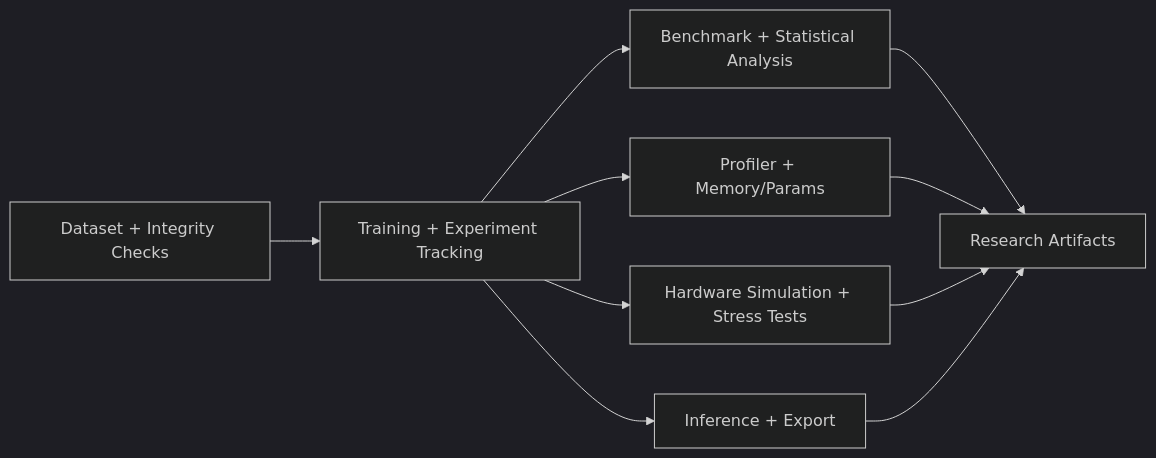
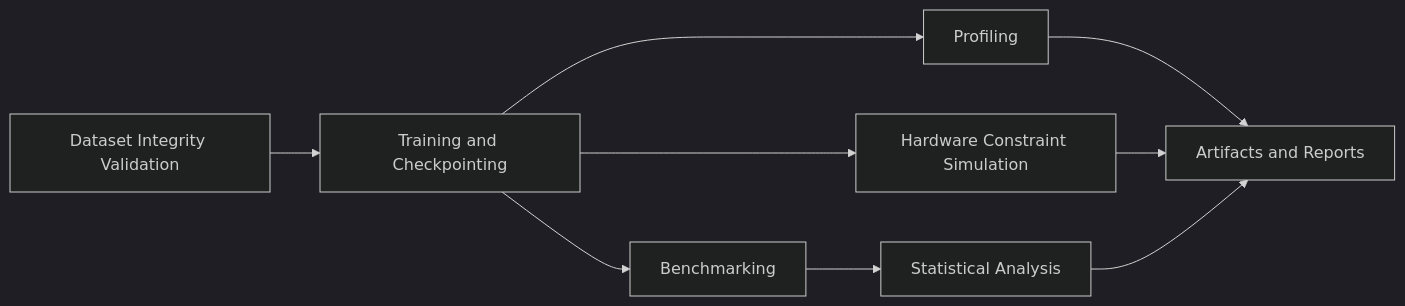
Before and after one commit to RaviTejaMedarametla/neural-network-from-scratch: the diagram in README.md, drawn with Mermaid (dark theme). The commit also changed other lines of this file and 30 other files, not shown here.

````diff
--- a/README.md
+++ b/README.md
@@ -26,12 +16,11 @@
 ```mermaid
 flowchart LR
-  D[Dataset + Integrity Checks] --> T[Training + Experiment Tracking]
-  T --> B[Benchmark + Statistical Analysis]
-  T --> P[Profiler + Memory/Params]
-  T --> H[Hardware Simulation + Stress Tests]
-  T --> I[Inference + Export]
-  B --> R[Research Artifacts]
-  P --> R
-  H --> R
-  I --> R
+  A[Dataset Integrity Validation] --> B[Training and Checkpointing]
+  B --> C[Benchmarking]
+  B --> D[Profiling]
+  B --> E[Hardware Constraint Simulation]
+  C --> F[Statistical Analysis]
+  D --> G[Artifacts and Reports]
+  E --> G
+  F --> G
 ```
````
